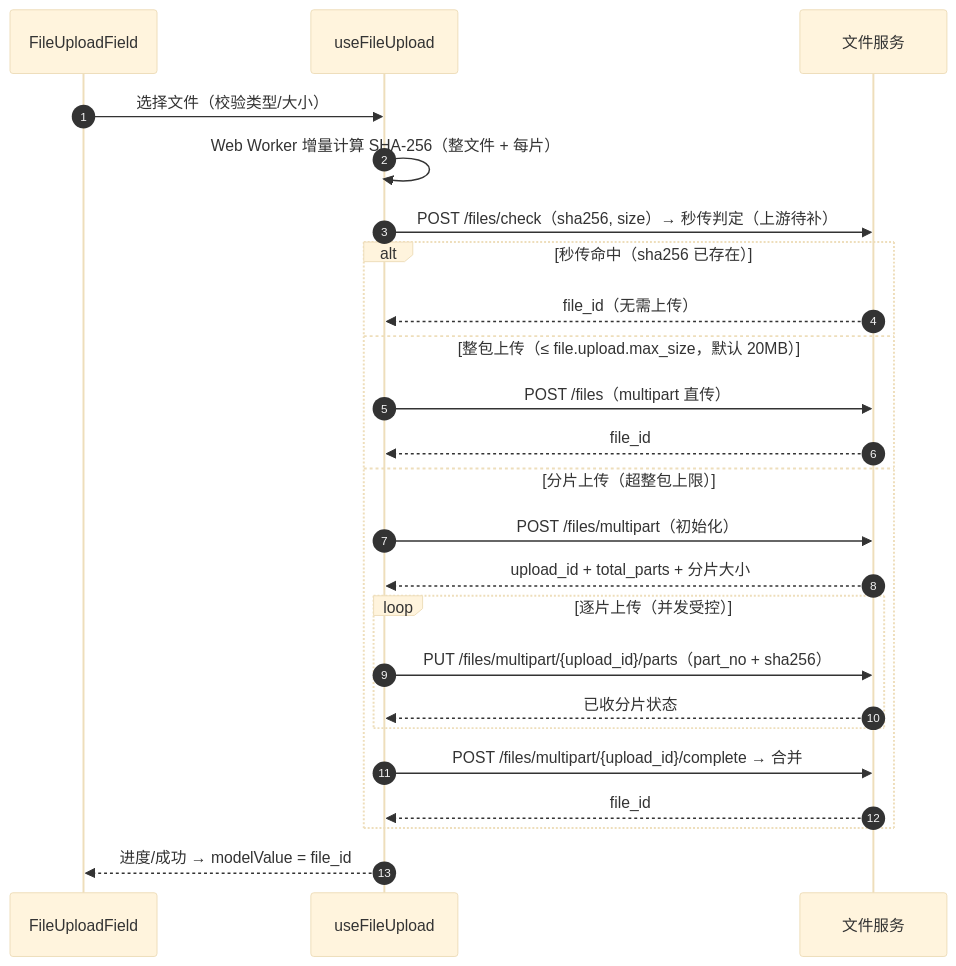
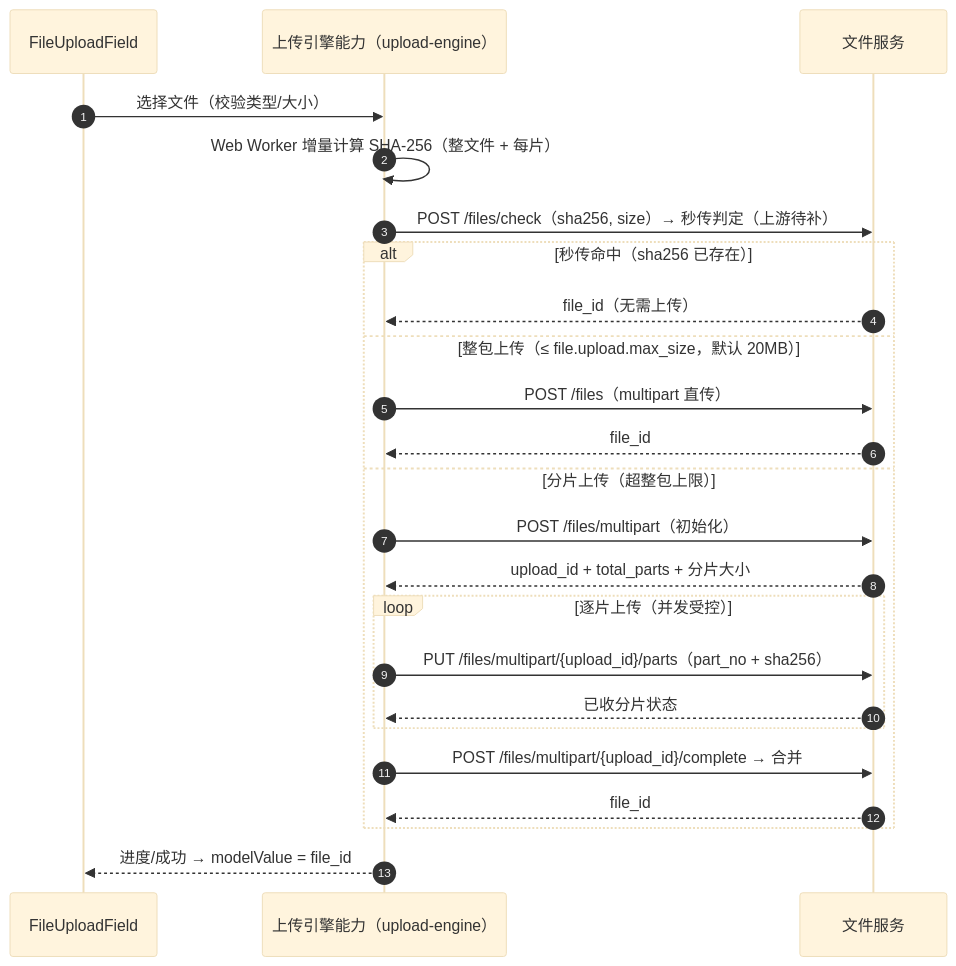
Before and after one commit to minjian123/basic-management-system: the diagram in bms文档/设计/组件设计/06_字段类/06_组件设计_文件上传字段/06_组件设计_文件上传字段.md, drawn with Mermaid (base theme). The commit also changed other lines of this file and 154 other files, not shown here.

````diff
--- a/bms文档/设计/组件设计/06_字段类/06_组件设计_文件上传字段/06_组件设计_文件上传字段.md
+++ b/bms文档/设计/组件设计/06_字段类/06_组件设计_文件上传字段/06_组件设计_文件上传字段.md
@@ -31,27 +33,27 @@
 ```mermaid
 sequenceDiagram
     autonumber
     participant 组件 as FileUploadField
-    participant 引擎 as useFileUpload
+    participant 引擎 as 上传引擎能力（upload-engine）
     participant 后端 as 文件服务
 
     组件->>引擎: 选择文件（校验类型/大小）
     引擎->>引擎: Web Worker 增量计算 SHA-256（整文件 + 每片）
     引擎->>后端: POST /files/check（sha256, size）→ 秒传判定（上游待补）
     alt 秒传命中（sha256 已存在）
         后端-->>引擎: file_id（无需上传）
     else 整包上传（≤ file.upload.max_size，默认 20MB）
         引擎->>后端: POST /files（multipart 直传）
         后端-->>引擎: file_id
     else 分片上传（超整包上限）
         引擎->>后端: POST /files/multipart（初始化）
         后端-->>引擎: upload_id + total_parts + 分片大小
         loop 逐片上传（并发受控）
             引擎->>后端: PUT /files/multipart/{upload_id}/parts（part_no + sha256）
             后端-->>引擎: 已收分片状态
         end
         引擎->>后端: POST /files/multipart/{upload_id}/complete → 合并
         后端-->>引擎: file_id
     end
     引擎-->>组件: 进度/成功 → modelValue = file_id
 ```
````
